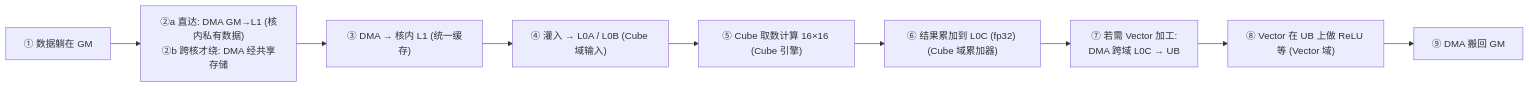
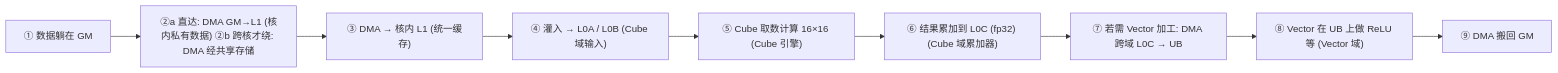
One commit to SuccinctPaul/Ascend-Notes changed the second of 3 diagrams in docs/pages/reference/context.mdx. Above: the diagram before and after it, drawn with Mermaid. The commit also changed other lines of this file and 8 other files, not shown here.

````diff
--- a/docs/pages/reference/context.mdx
+++ b/docs/pages/reference/context.mdx
@@ -87,14 +87,14 @@
 ```mermaid
 flowchart LR
     A1["① 数据躺在 GM"]
-    A2["②a 直达: DMA GM→L1 (核内私有数据)<br/>②b 跨核才绕: DMA 经共享存储"]
+    A2["②a 直达: DMA GM→L1 (核内私有数据) ②b 跨核才绕: DMA 经共享存储"]
     A3["③ DMA → 核内 L1 (统一缓存)"]
     A4["④ 灌入 → L0A / L0B (Cube 域输入)"]
     A5["⑤ Cube 取数计算 16×16 (Cube 引擎)"]
     A6["⑥ 结果累加到 L0C (fp32) (Cube 域累加器)"]
-    A7["⑦ 若需 Vector 加工:<br/>DMA 跨域 L0C → UB"]
+    A7["⑦ 若需 Vector 加工: DMA 跨域 L0C → UB"]
     A8["⑧ Vector 在 UB 上做 ReLU 等 (Vector 域)"]
     A9["⑨ DMA 搬回 GM"]
 
     A1 --> A2 --> A3 --> A4 --> A5 --> A6 --> A7 --> A8 --> A9
 ```
````
